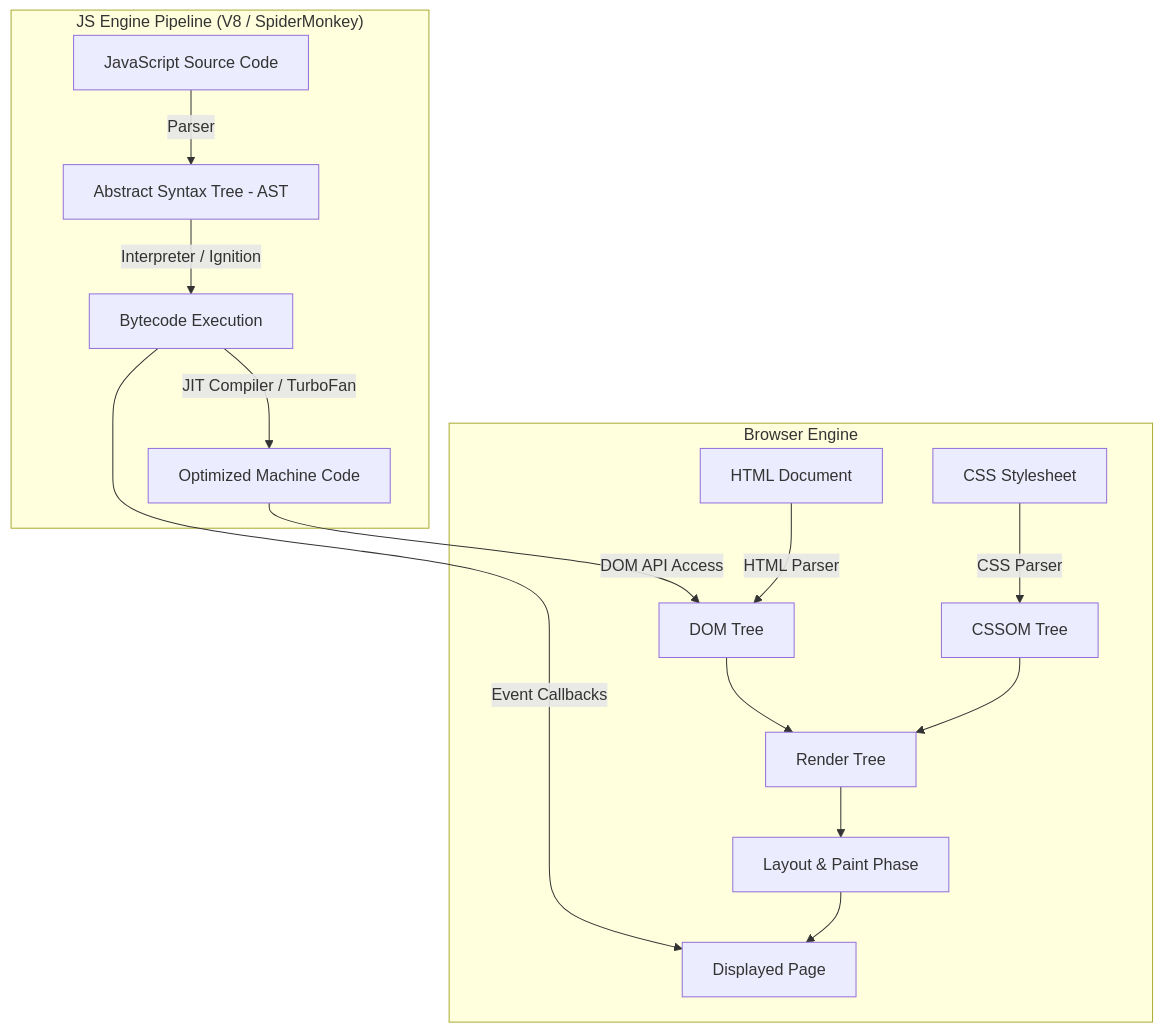
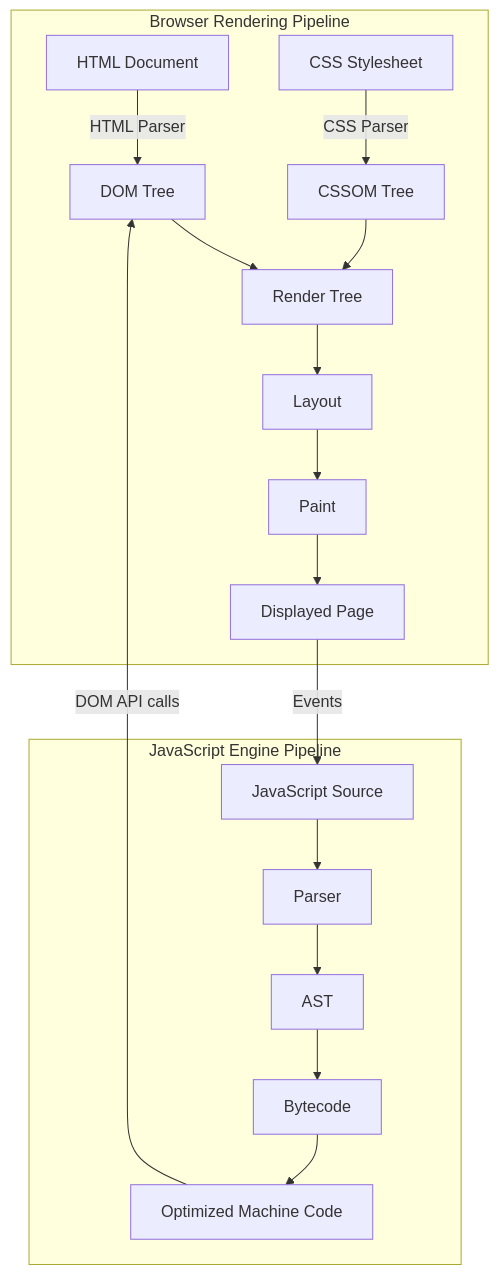
One commit to userAshwani/mastering-code changed the second of 3 diagrams in JavaScript/01-Fundamentals/01-JavaScript-Introduction.md. Above: the diagram before and after it, drawn with Mermaid. The commit also changed other lines of this file and 4 other files, not shown here.

````diff
--- a/JavaScript/01-Fundamentals/01-JavaScript-Introduction.md
+++ b/JavaScript/01-Fundamentals/01-JavaScript-Introduction.md
@@ -30,21 +66,22 @@
 ```mermaid
 flowchart TD
-    subgraph BE ["Browser Engine"]
+    subgraph BE ["Browser Rendering Pipeline"]
         A[HTML Document] -->|HTML Parser| B[DOM Tree]
         C[CSS Stylesheet] -->|CSS Parser| D[CSSOM Tree]
-        
         B --> E[Render Tree]
-        D --> E[Render Tree]
-        E --> F[Layout & Paint Phase]
-        F --> G[Displayed Page]
+        D --> E
+        E --> F[Layout]
+        F --> G[Paint]
+        G --> H[Displayed Page]
     end
 
-    subgraph JSEP ["JS Engine Pipeline (V8 / SpiderMonkey)"]
-        H[JavaScript Source Code] -->|Parser| I[Abstract Syntax Tree - AST]
-        I -->|Interpreter / Ignition| J[Bytecode Execution]
-        J -->|JIT Compiler / TurboFan| K[Optimized Machine Code]
+    subgraph JSE ["JavaScript Engine Pipeline"]
+        I[JavaScript Source] --> J[Parser]
+        J --> K[AST]
+        K --> L[Bytecode]
+        L --> M[Optimized Machine Code]
     end
 
-    K -->|DOM API Access| B
-    J -->|Event Callbacks| G
+    M -->|DOM API calls| B
+    H -->|Events| I
 ```
````
